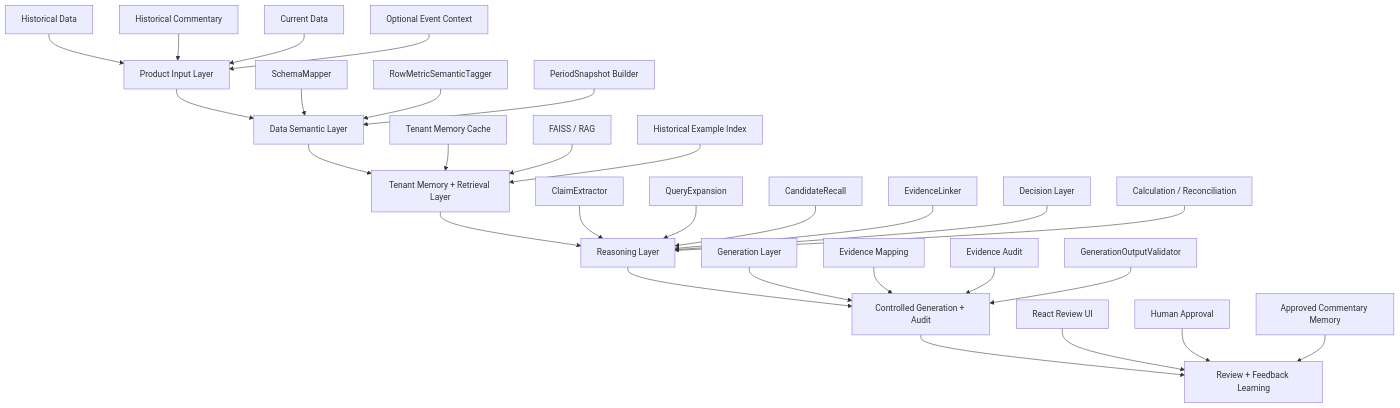
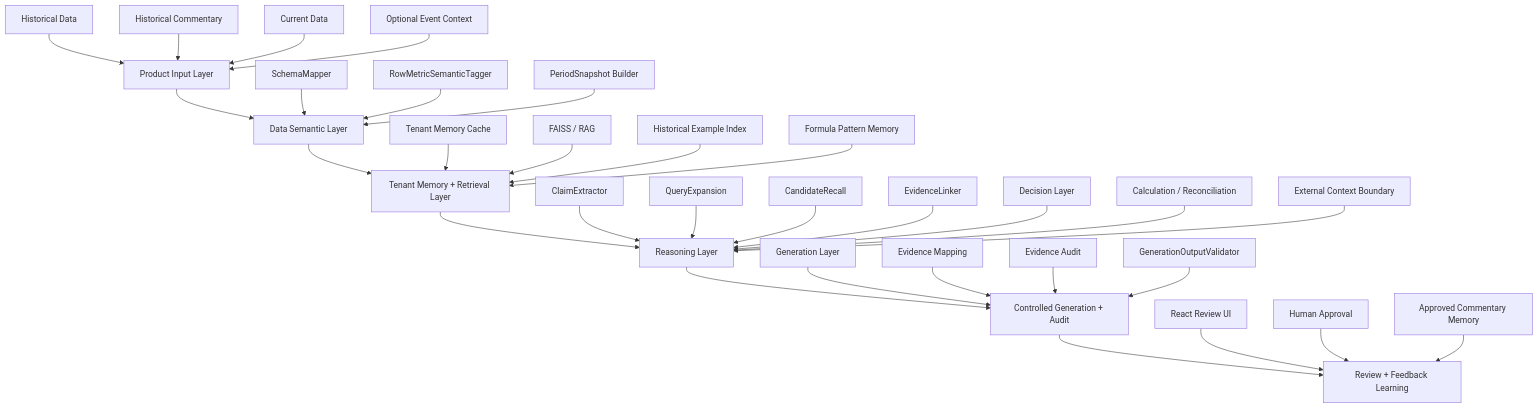
Before and after one commit to xmercuryx007/FCA-Public: the fourth of 11 diagrams in README.md, drawn with Mermaid. The commit also changed other lines of this file, not shown here.

````diff
--- a/README.md
+++ b/README.md
@@ -210,37 +215,39 @@
 ```mermaid
 flowchart TB
     A[Product Input Layer] --> B[Data Semantic Layer]
     B --> C[Tenant Memory + Retrieval Layer]
     C --> D[Reasoning Layer]
     D --> E[Controlled Generation + Audit]
     E --> F[Review + Feedback Learning]
 
     A1[Historical Data] --> A
     A2[Historical Commentary] --> A
     A3[Current Data] --> A
     A4[Optional Event Context] --> A
 
     B1[SchemaMapper] --> B
     B2[RowMetricSemanticTagger] --> B
     B3[PeriodSnapshot Builder] --> B
 
     C1[Tenant Memory Cache] --> C
     C2[FAISS / RAG] --> C
     C3[Historical Example Index] --> C
+    C4[Formula Pattern Memory] --> C
 
     D1[ClaimExtractor] --> D
     D2[QueryExpansion] --> D
     D3[CandidateRecall] --> D
     D4[EvidenceLinker] --> D
     D5[Decision Layer] --> D
     D6[Calculation / Reconciliation] --> D
+    D7[External Context Boundary] --> D
 
     E1[Generation Layer] --> E
     E2[Evidence Mapping] --> E
     E3[Evidence Audit] --> E
     E4[GenerationOutputValidator] --> E
 
     F1[React Review UI] --> F
     F2[Human Approval] --> F
     F3[Approved Commentary Memory] --> F
 ```
````
